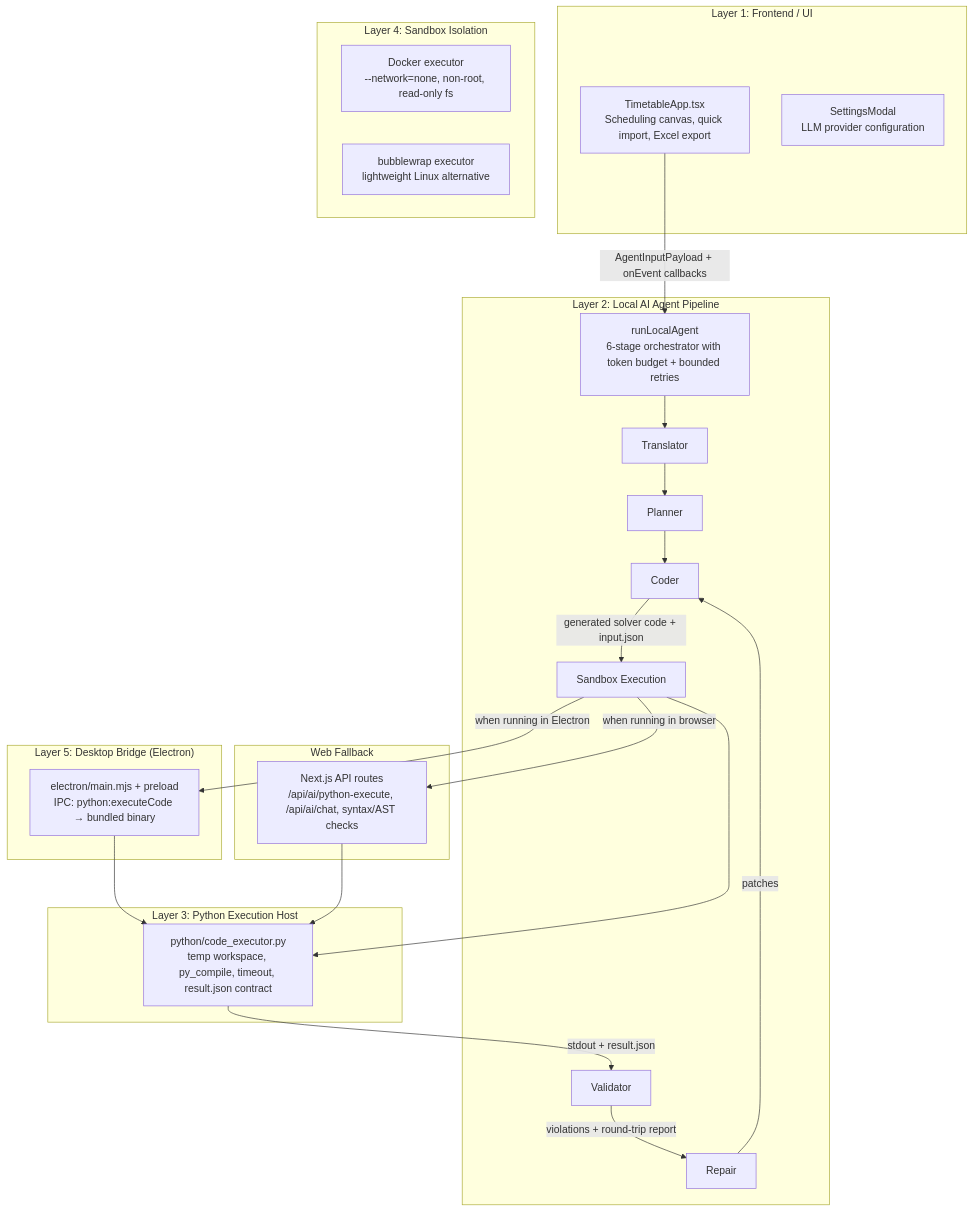
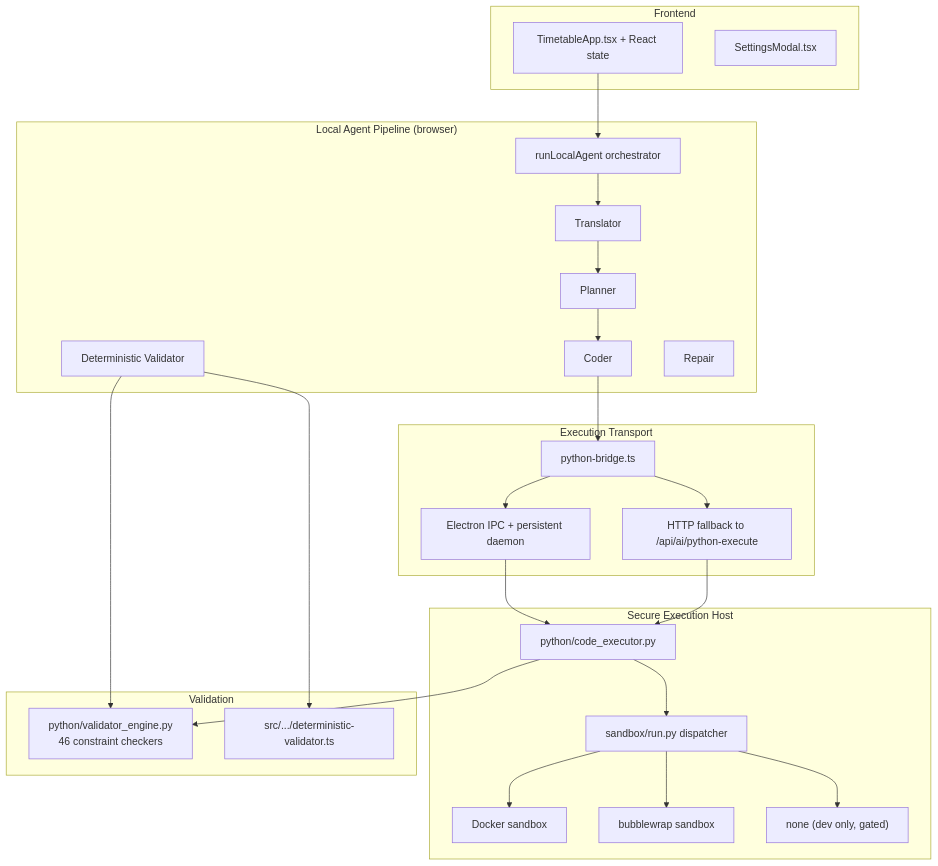
Before and after one commit to Duy-Nguyen-2006/timetable: the diagram in droid-wiki/overview/architecture.md, drawn with Mermaid. The commit also changed other lines of this file and 56 other files, not shown here.

````diff
--- a/droid-wiki/overview/architecture.md
+++ b/droid-wiki/overview/architecture.md
@@ -13,48 +11,50 @@
 ```mermaid
 graph TD
-    subgraph "Layer 1: Frontend / UI"
-        UI[TimetableApp.tsx<br/>Scheduling canvas, quick import, Excel export]
-        Settings[SettingsModal<br/>LLM provider configuration]
+    subgraph Frontend
+        UI[TimetableApp.tsx + React state]
+        Settings[SettingsModal.tsx]
     end
 
-    subgraph "Layer 2: Local AI Agent Pipeline"
-        Agent[runLocalAgent<br/>6-stage orchestrator with token budget + bounded retries]
+    subgraph "Local Agent Pipeline (browser)"
+        Agent[runLocalAgent orchestrator]
         T[Translator]
         P[Planner]
         C[Coder]
-        S[Sandbox Execution]
-        V[Validator]
+        V[Deterministic Validator]
         R[Repair]
     end
 
-    subgraph "Layer 3: Python Execution Host"
-        Exec[python/code_executor.py<br/>temp workspace, py_compile, timeout, result.json contract]
+    subgraph "Execution Transport"
+        Bridge[python-bridge.ts]
+        ElectronIPC[Electron IPC + persistent daemon]
+        HTTP[HTTP fallback to /api/ai/python-execute]
     end
 
-    subgraph "Layer 4: Sandbox Isolation"
-        Docker[Docker executor<br/>--network=none, non-root, read-only fs]
-        Bwrap[bubblewrap executor<br/>lightweight Linux alternative]
+    subgraph "Secure Execution Host"
+        Exec[python/code_executor.py]
+        SandboxDisp[sandbox/run.py dispatcher]
+        Docker[Docker sandbox]
+        Bwrap[bubblewrap sandbox]
+        Unsafe["none (dev only, gated)"]
     end
 
-    subgraph "Layer 5: Desktop Bridge (Electron)"
-        Electron[electron/main.mjs + preload<br/>IPC: python:executeCode → bundled binary]
+    subgraph "Validation"
+        PyVal[python/validator_engine.py<br/>46 constraint checkers]
+        TsVal[src/.../deterministic-validator.ts]
     end
 
-    subgraph "Web Fallback"
-        API[Next.js API routes<br/>/api/ai/python-execute, /api/ai/chat, syntax/AST checks]
-    end
-
-    UI -->|AgentInputPayload + onEvent callbacks| Agent
-    Agent --> T
-    T --> P
-    P --> C
-    C -->|generated solver code + input.json| S
-    S --> Exec
-    Exec -->|stdout + result.json| V
-    V -->|violations + round-trip report| R
-    R -->|patches| C
-    S -->|when running in Electron| Electron
-    S -->|when running in browser| API
-    Electron --> Exec
-    API --> Exec
+    UI --> Agent
+    Agent --> T --> P --> C
+    C --> Bridge
+    Bridge --> ElectronIPC
+    Bridge --> HTTP
+    ElectronIPC --> Exec
+    HTTP --> Exec
+    Exec --> SandboxDisp
+    SandboxDisp --> Docker
+    SandboxDisp --> Bwrap
+    SandboxDisp --> Unsafe
+    Exec --> PyVal
+    V --> TsVal
+    V --> PyVal
 ```
````
